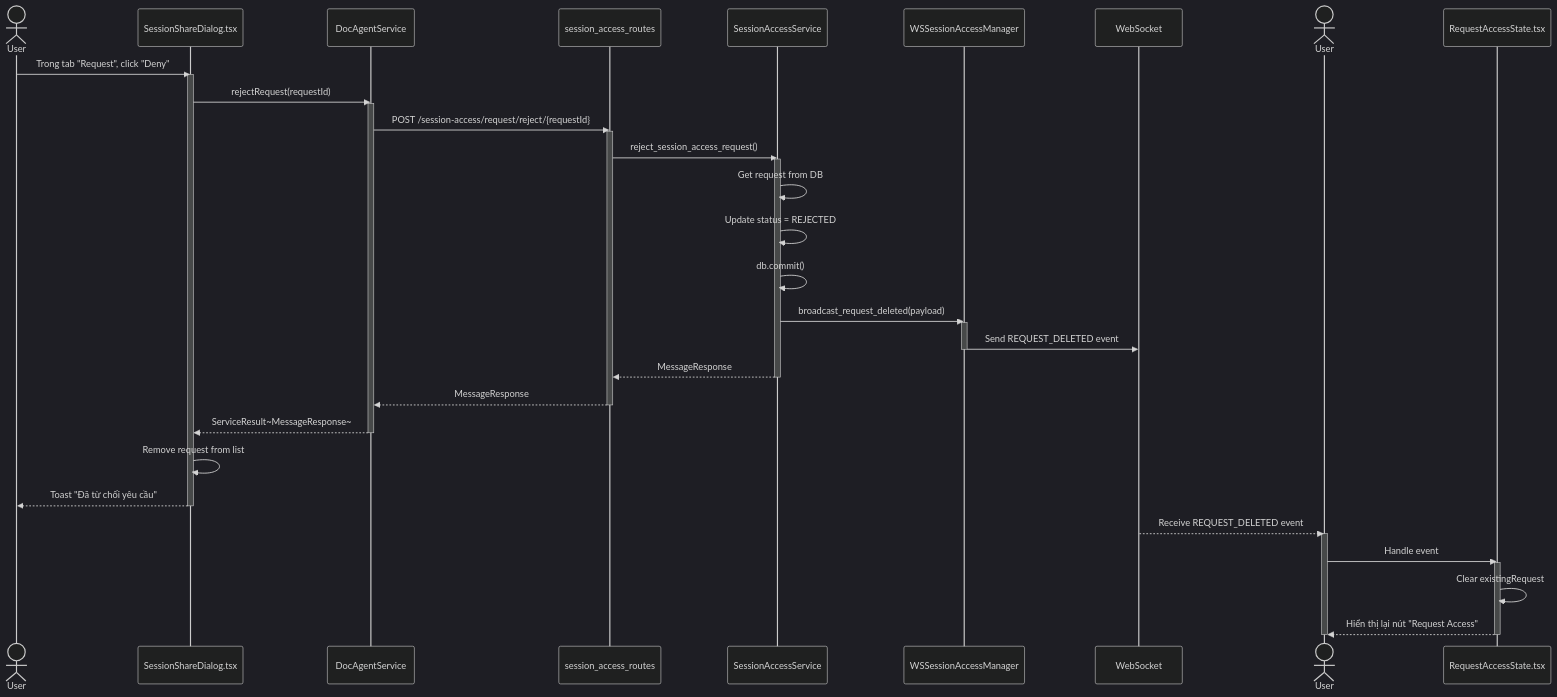
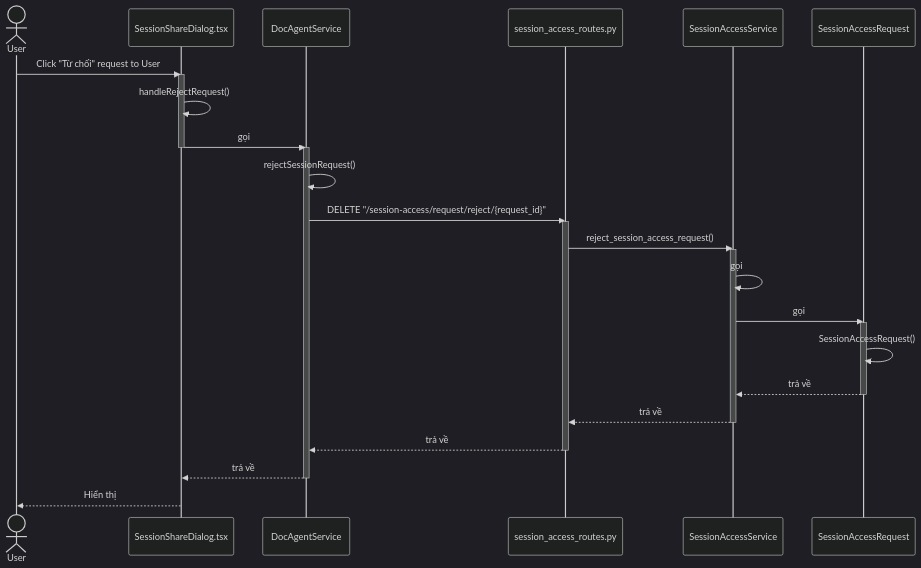
One commit to mduc-2610/gp_doc changed the sixth of 9 diagrams in session_access/4_session_access_seq.md. Above: the diagram before and after it, drawn with Mermaid (dark theme). The commit also changed other lines of this file and 34 other files, not shown here.

````diff
--- a/session_access/4_session_access_seq.md
+++ b/session_access/4_session_access_seq.md
@@ -368,51 +368,43 @@
 ```mermaid
 sequenceDiagram
-    actor User1 as User
-    participant ShareModal as SessionShareDialog.tsx
+    actor User
+    participant SessionShareDialog as SessionShareDialog.tsx
     participant DocAgentService as DocAgentService
-    participant SessionAccessRoutes as session_access_routes
+    participant SessionAccessRoutes as session_access_routes.py
     participant SessionAccessService as SessionAccessService
-    participant WSManager as WSSessionAccessManager
-    participant WebSocket as WebSocket
-    actor User2 as User
-    participant RequestAccessState as RequestAccessState.tsx
+    participant SessionAccessRequest as SessionAccessRequest
 
-    User1->>ShareModal: Trong tab "Request", click "Deny"
-    activate ShareModal
+    User->>SessionShareDialog: Click "Từ chối" request to User
+    activate SessionShareDialog
     
-    ShareModal->>DocAgentService: rejectRequest(requestId)
+    SessionShareDialog->>SessionShareDialog: handleRejectRequest()
+    SessionShareDialog->>DocAgentService: gọi
+    deactivate SessionShareDialog
     activate DocAgentService
-    DocAgentService->>SessionAccessRoutes: POST /session-access/request/reject/{requestId}
+    
+    DocAgentService->>DocAgentService: rejectSessionRequest()
+    DocAgentService->>SessionAccessRoutes: DELETE "/session-access/request/reject/{request_id}"
     activate SessionAccessRoutes
+    
     SessionAccessRoutes->>SessionAccessService: reject_session_access_request()
     activate SessionAccessService
     
-    SessionAccessService->>SessionAccessService: Get request from DB
-    SessionAccessService->>SessionAccessService: Update status = REJECTED
-    SessionAccessService->>SessionAccessService: db.commit()
+    SessionAccessService->>SessionAccessService: gọi
+    SessionAccessService->>SessionAccessRequest: gọi
+    activate SessionAccessRequest
     
-    SessionAccessService->>WSManager: broadcast_request_deleted(payload)
-    activate WSManager
-    WSManager->>WebSocket: Send REQUEST_DELETED event
-    deactivate WSManager
+    SessionAccessRequest->>SessionAccessRequest: SessionAccessRequest()
+    SessionAccessRequest-->>SessionAccessService: trả về
+    deactivate SessionAccessRequest
     
-    SessionAccessService-->>SessionAccessRoutes: MessageResponse
+    SessionAccessService-->>SessionAccessRoutes: trả về
     deactivate SessionAccessService
-    SessionAccessRoutes-->>DocAgentService: MessageResponse
+    
+    SessionAccessRoutes-->>DocAgentService: trả về
     deactivate SessionAccessRoutes
-    DocAgentService-->>ShareModal: ServiceResult~MessageResponse~
+    
+    DocAgentService-->>SessionShareDialog: trả về
     deactivate DocAgentService
     
-    ShareModal->>ShareModal: Remove request from list
-    ShareModal-->>User1: Toast "Đã từ chối yêu cầu"
-    deactivate ShareModal
-    
-    WebSocket-->>User2: Receive REQUEST_DELETED event
-    activate User2
-    User2->>RequestAccessState: Handle event
-    activate RequestAccessState
-    RequestAccessState->>RequestAccessState: Clear existingRequest
-    RequestAccessState-->>User2: Hiển thị lại nút "Request Access"
-    deactivate RequestAccessState
-    deactivate User2
+    SessionShareDialog-->>User: Hiển thị
 ```
````
